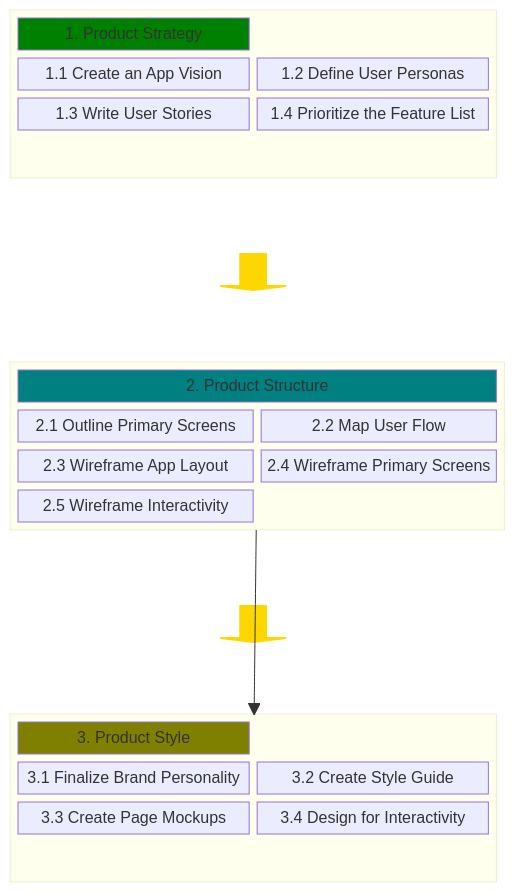
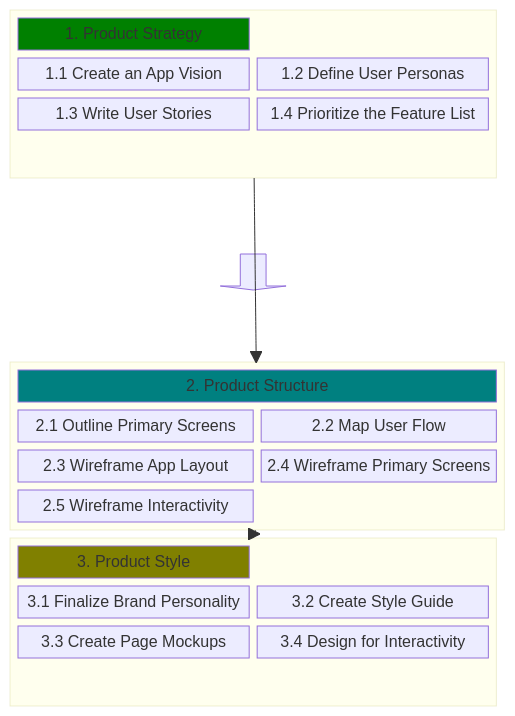
The diagram in docs/resources/techresources/uiux.md (chingu-voyages/Handbook), drawn with Mermaid before and after one commit.

Commit message:
Feature: Add UI/UX workflow process template

````diff
--- a/docs/resources/techresources/uiux.md
+++ b/docs/resources/techresources/uiux.md
@@ -15,39 +15,37 @@
 ```mermaid
 block-beta
 columns 1
   block:STRATEGY
     columns 2
     A["1. Product Strategy"]:2
     B["1.1 Create an App Vision"]
     C["1.2 Define User Personas"]
     D["1.3 Write User Stories"]
     E["1.4 Prioritize the Feature List"]
     space
   end
   blockArrowA<["&nbsp;&nbsp;&nbsp;&nbsp;"]>(down)
   block:STRUCTURE
     columns 2
     G["2. Product Structure"]:2
     H["2.1 Outline Primary Screens"]
     I["2.2 Map User Flow"]
     J["2.3 Wireframe App Layout"]
     K["2.4 Wireframe Primary Screens"]
     L["2.5 Wireframe Interactivity"]
   end
-  blockArrowB<["&nbsp;&nbsp;&nbsp;&nbsp;"]>(down)
   block:STYLE
     columns 2
     M["3. Product Style"]:2
     N["3.1 Finalize Brand Personality"]
     O["3.2 Create Style Guide"]
     P["3.3 Create Page Mockups"]
     Q["3.4 Design for Interactivity"]
     space
   end
+  STRATEGY --> STRUCTURE
   STRUCTURE --> STYLE
   style A fill:#008000
   style G fill:#008080
   style M fill:#808000
-  style blockArrowA fill:#FFD700,stroke:#FFD700,stroke-width:2px
-  style blockArrowB fill:#FFD700,stroke:#FFD700,stroke-width:2px
 ```
````
